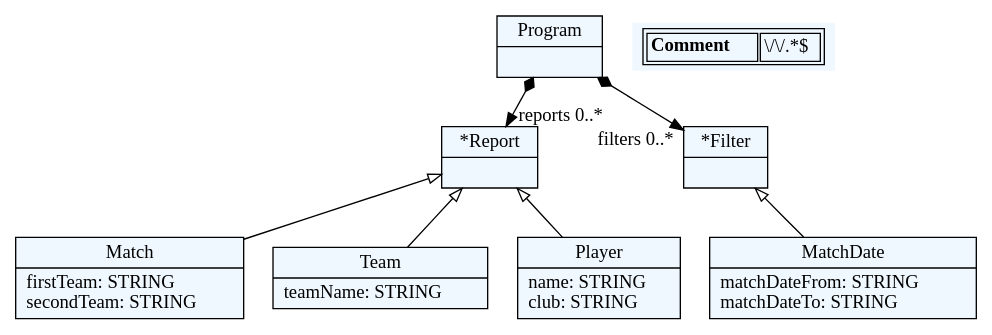
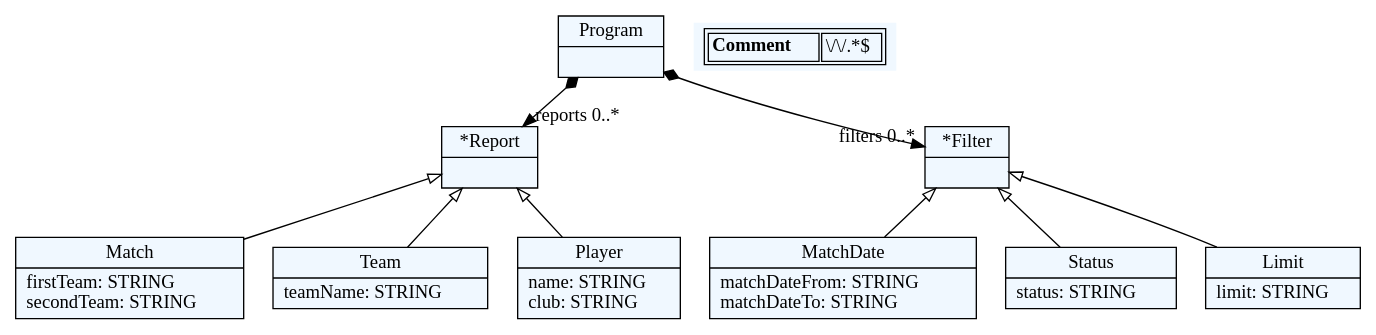
One commit to Ana00000/JSD changed the diagram in match_reporter/reporter_jsd/generated_files/dot_files/reporter.dot. Above: the diagram before and after it, drawn with Graphviz. The commit also changed 4 other files, not shown here.

```diff
--- a/match_reporter/reporter_jsd/generated_files/dot_files/reporter.dot
+++ b/match_reporter/reporter_jsd/generated_files/dot_files/reporter.dot
@@ -1,43 +1,49 @@
 
     digraph textX {
     fontname = "Bitstream Vera Sans"
     fontsize = 8
     node[
         shape=record,
         style=filled,
         fillcolor=aliceblue
     ]
     nodesep = 0.3
     edge[dir=black,arrowtail=empty]
 
 
-140429443434736[ label="{Program|}"]
+140308377248736[ label="{Program|}"]
 
-140429443438144[ label="{*Report|}"]
+140308377252144[ label="{*Report|}"]
 
-140429443441552[ label="{Match|firstTeam: STRING\lsecondTeam: STRING\l}"]
+140308377255552[ label="{Match|firstTeam: STRING\lsecondTeam: STRING\l}"]
 
-140429443444960[ label="{Team|teamName: STRING\l}"]
+140308377258960[ label="{Team|teamName: STRING\l}"]
 
-140429443448368[ label="{Player|name: STRING\lclub: STRING\l}"]
+140308377262368[ label="{Player|name: STRING\lclub: STRING\l}"]
 
-140429443451776[ label="{*Filter|}"]
+140308377265776[ label="{*Filter|}"]
 
-140429443455184[ label="{MatchDate|matchDateFrom: STRING\lmatchDateTo: STRING\l}"]
+140308377269184[ label="{MatchDate|matchDateFrom: STRING\lmatchDateTo: STRING\l}"]
+
+140308377272592[ label="{Status|status: STRING\l}"]
+
+140308377276000[ label="{Limit|limit: STRING\l}"]
 
 
 
-140429443434736 -> 140429443438144[arrowtail=diamond, dir=both, headlabel="reports 0..*"]
-140429443434736 -> 140429443451776[arrowtail=diamond, dir=both, headlabel="filters 0..*"]
-140429443438144 -> 140429443441552 [dir=back]
-140429443438144 -> 140429443444960 [dir=back]
-140429443438144 -> 140429443448368 [dir=back]
-140429443451776 -> 140429443455184 [dir=back]
+140308377248736 -> 140308377252144[arrowtail=diamond, dir=both, headlabel="reports 0..*"]
+140308377248736 -> 140308377265776[arrowtail=diamond, dir=both, headlabel="filters 0..*"]
+140308377252144 -> 140308377255552 [dir=back]
+140308377252144 -> 140308377258960 [dir=back]
+140308377252144 -> 140308377262368 [dir=back]
+140308377265776 -> 140308377269184 [dir=back]
+140308377265776 -> 140308377272592 [dir=back]
+140308377265776 -> 140308377276000 [dir=back]
 match_rules [ shape=plaintext, label=< <table>
 	<tr>
 		<td><b>Comment</b></td><td>\/\/.*$</td>
 	</tr>
 </table> >]
 
 
 }
```
